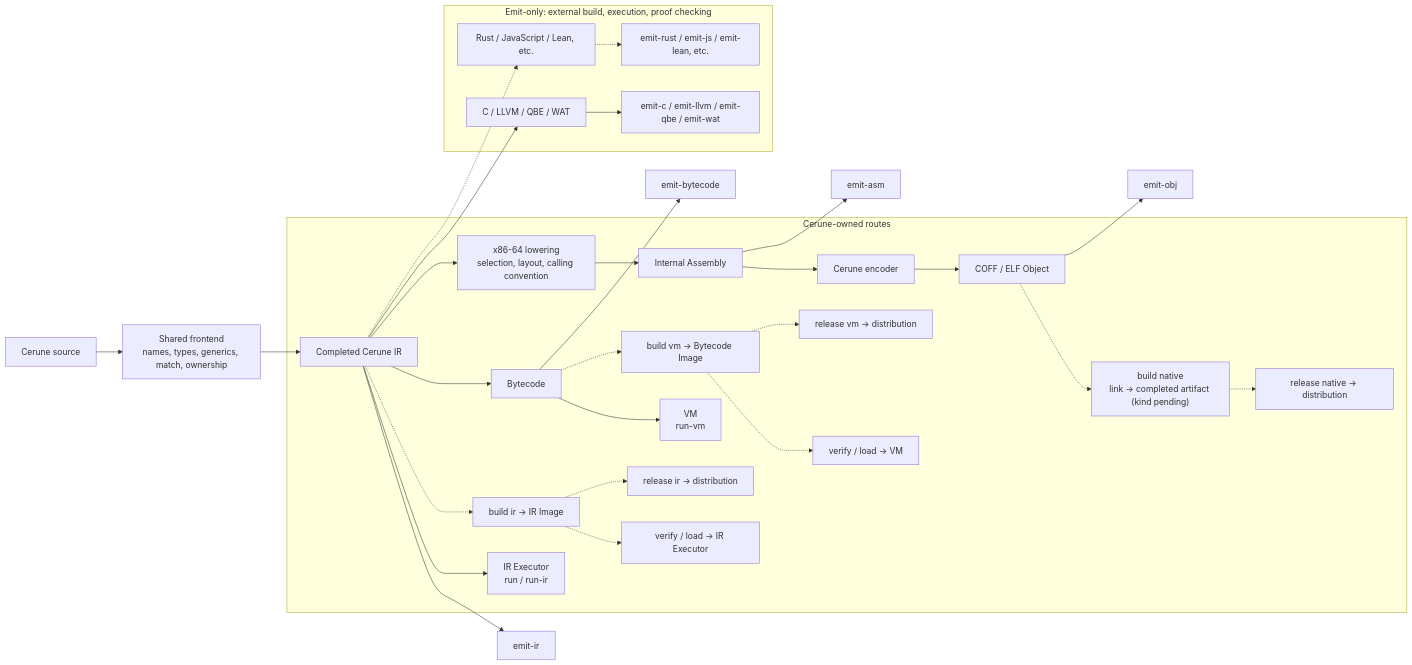
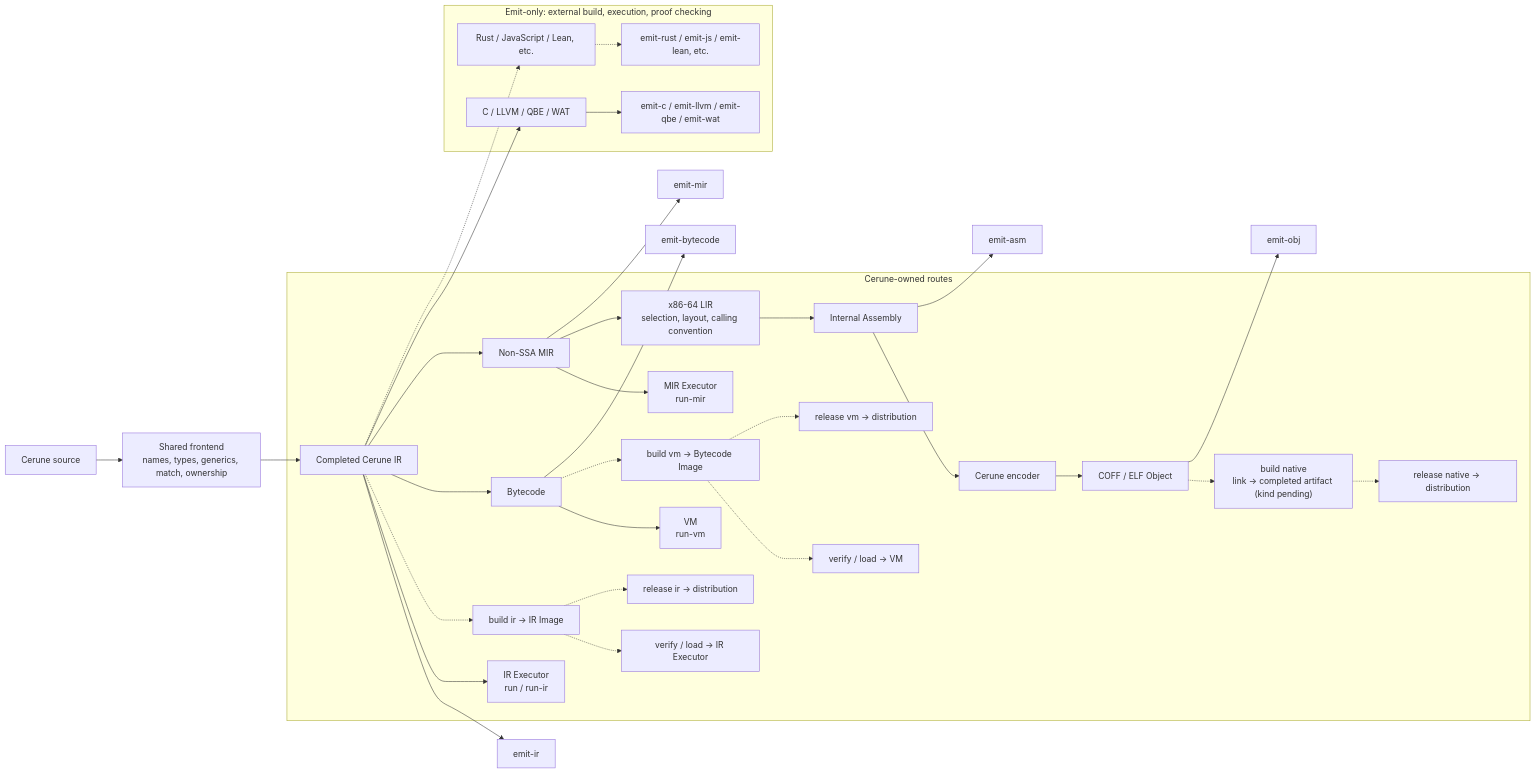
One commit to Hokutaka/Cerune changed the diagram in docs/design/owned-routes.en.md. Above: the diagram before and after it, drawn with Mermaid. The commit also changed other lines of this file and 21 other files, not shown here.

````diff
--- a/docs/design/owned-routes.en.md
+++ b/docs/design/owned-routes.en.md
@@ -18,32 +18,35 @@
 ```mermaid
 flowchart LR
     S["Cerune source"] --> F["Shared frontend<br/>names, types, generics, match, ownership"]
     F --> IR["Completed Cerune IR"]
     IR --> OIR["emit-ir"]
     subgraph Owned["Cerune-owned routes"]
         IR --> R["IR Executor<br/>run / run-ir"]
         IR -.-> IB["build ir → IR Image"]
         IB -.-> IL["verify / load → IR Executor"]
         IB -.-> IP["release ir → distribution"]
         IR --> BC["Bytecode"]
         BC --> VM["VM<br/>run-vm"]
         BC -.-> VB["build vm → Bytecode Image"]
         VB -.-> VL["verify / load → VM"]
         VB -.-> VP["release vm → distribution"]
-        IR --> X["x86-64 lowering<br/>selection, layout, calling convention"]
+        IR --> MIR["Non-SSA MIR"]
+        MIR --> RMIR["MIR Executor<br/>run-mir"]
+        MIR --> X["x86-64 LIR<br/>selection, layout, calling convention"]
         X --> A["Internal Assembly"]
         A --> E["Cerune encoder"]
         E --> OBJ["COFF / ELF Object"]
         OBJ -.-> NB["build native<br/>link → completed artifact (kind pending)"]
         NB -.-> NP["release native → distribution"]
     end
+    MIR --> OMIR["emit-mir"]
     BC --> OBC["emit-bytecode"]
     A --> OA["emit-asm"]
     OBJ --> OO["emit-obj"]
     subgraph Emit["Emit-only: external build, execution, proof checking"]
         IR --> EXIST["C / LLVM / QBE / WAT"]
         EXIST --> OUT["emit-c / emit-llvm / emit-qbe / emit-wat"]
         IR -.-> FUT["Rust / JavaScript / Lean, etc."]
         FUT -.-> FUTOUT["emit-rust / emit-js / emit-lean, etc."]
     end
 ```
````
